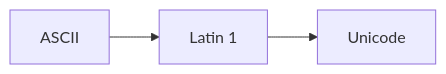
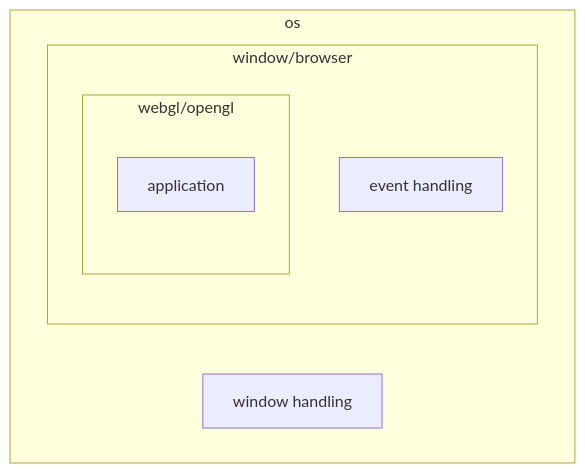
The second of 8 diagrams in graphics-computing/6plus/day_08.md (sininen-blue/2526-first-sem), drawn with Mermaid before and after one commit. The commit also changed other lines of this file, not shown here.

Commit message:
graph 8: done done

````diff
--- a/graphics-computing/6plus/day_08.md
+++ b/graphics-computing/6plus/day_08.md
@@ -107,7 +42,14 @@
 ```mermaid
-graph LR;
-a[ASCII]
-b[Latin 1]
-c[Unicode]
-a --> b --> c
+graph TD;
+subgraph os
+    a[window handling]
+
+    subgraph window/browser
+        b[event handling]
+
+        subgraph webgl/opengl
+            c[application]
+        end
+    end
+end
 ```
````
